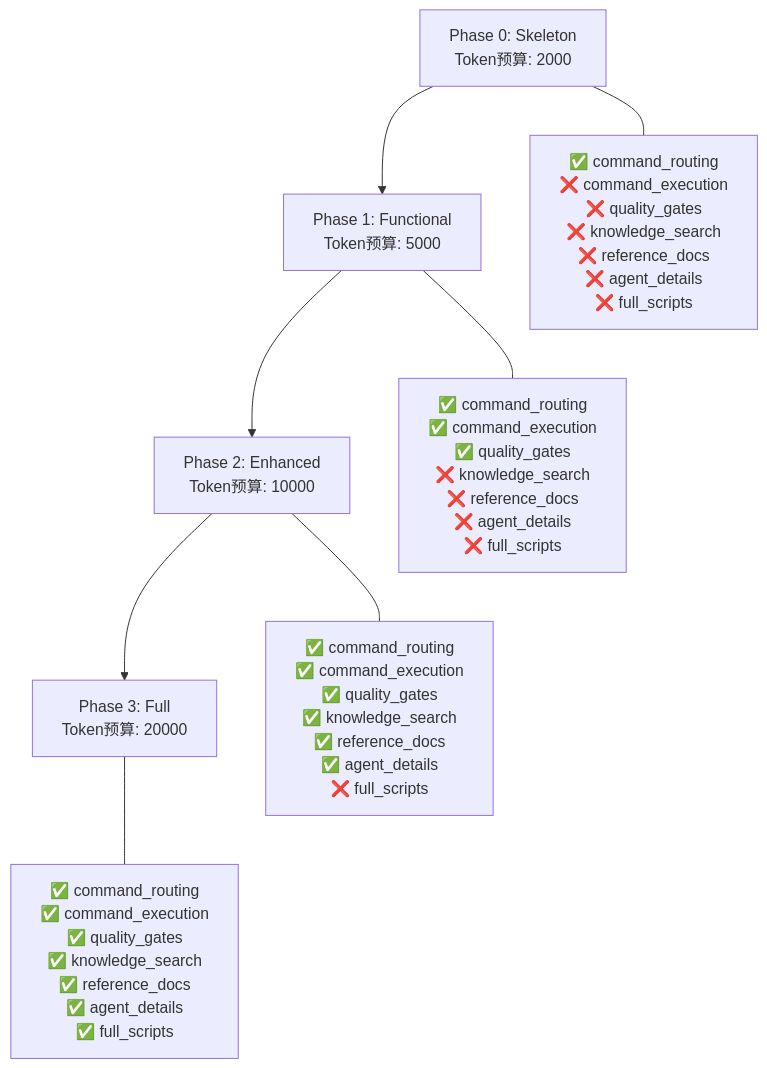
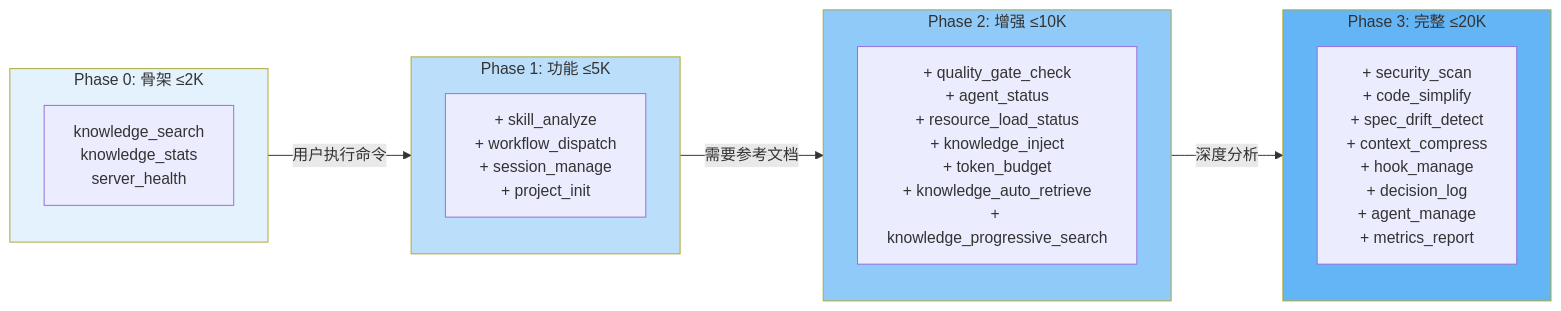
One commit to xuanyuanchumo/xuansto changed the fourth of 8 diagrams in docs/plan/MCP_REVIEW.md. Above: the diagram before and after it, drawn with Mermaid. The commit also changed other lines of this file and 26 other files, not shown here.

````diff
--- a/docs/plan/MCP_REVIEW.md
+++ b/docs/plan/MCP_REVIEW.md
@@ -1073,11 +424,27 @@
 ```mermaid
-graph TD
-    P0["Phase 0: Skeleton<br/>Token预算: 2000"] --> P1["Phase 1: Functional<br/>Token预算: 5000"]
-    P1 --> P2["Phase 2: Enhanced<br/>Token预算: 10000"]
-    P2 --> P3["Phase 3: Full<br/>Token预算: 20000"]
+graph LR
+    subgraph Phase0["Phase 0: 骨架 ≤2K"]
+        P0T[knowledge_search<br/>knowledge_stats<br/>server_health]
+    end
 
-    P0 --- F0["✅ command_routing<br/>❌ command_execution<br/>❌ quality_gates<br/>❌ knowledge_search<br/>❌ reference_docs<br/>❌ agent_details<br/>❌ full_scripts"]
-    P1 --- F1["✅ command_routing<br/>✅ command_execution<br/>✅ quality_gates<br/>❌ knowledge_search<br/>❌ reference_docs<br/>❌ agent_details<br/>❌ full_scripts"]
-    P2 --- F2["✅ command_routing<br/>✅ command_execution<br/>✅ quality_gates<br/>✅ knowledge_search<br/>✅ reference_docs<br/>✅ agent_details<br/>❌ full_scripts"]
-    P3 --- F3["✅ command_routing<br/>✅ command_execution<br/>✅ quality_gates<br/>✅ knowledge_search<br/>✅ reference_docs<br/>✅ agent_details<br/>✅ full_scripts"]
+    subgraph Phase1["Phase 1: 功能 ≤5K"]
+        P1T[+ skill_analyze<br/>+ workflow_dispatch<br/>+ session_manage<br/>+ project_init]
+    end
+
+    subgraph Phase2["Phase 2: 增强 ≤10K"]
+        P2T[+ quality_gate_check<br/>+ agent_status<br/>+ resource_load_status<br/>+ knowledge_inject<br/>+ token_budget<br/>+ knowledge_auto_retrieve<br/>+ knowledge_progressive_search]
+    end
+
+    subgraph Phase3["Phase 3: 完整 ≤20K"]
+        P3T[+ security_scan<br/>+ code_simplify<br/>+ spec_drift_detect<br/>+ context_compress<br/>+ hook_manage<br/>+ decision_log<br/>+ agent_manage<br/>+ metrics_report]
+    end
+
+    Phase0 -->|用户执行命令| Phase1
+    Phase1 -->|需要参考文档| Phase2
+    Phase2 -->|深度分析| Phase3
+
+    style Phase0 fill:#E3F2FD
+    style Phase1 fill:#BBDEFB
+    style Phase2 fill:#90CAF9
+    style Phase3 fill:#64B5F6
 ```
````
